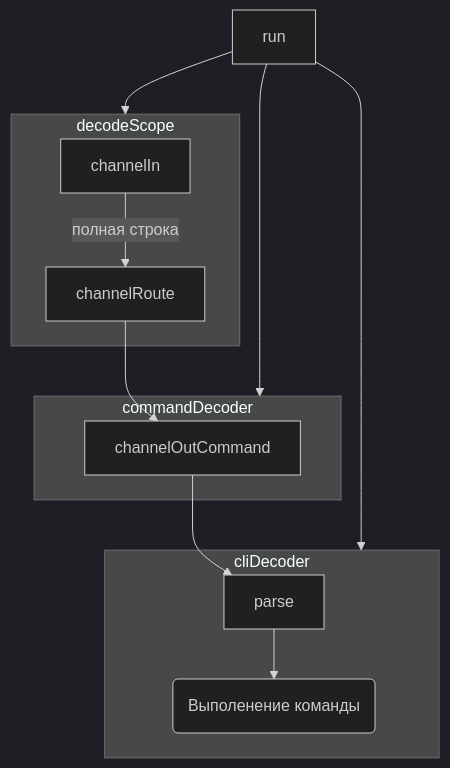
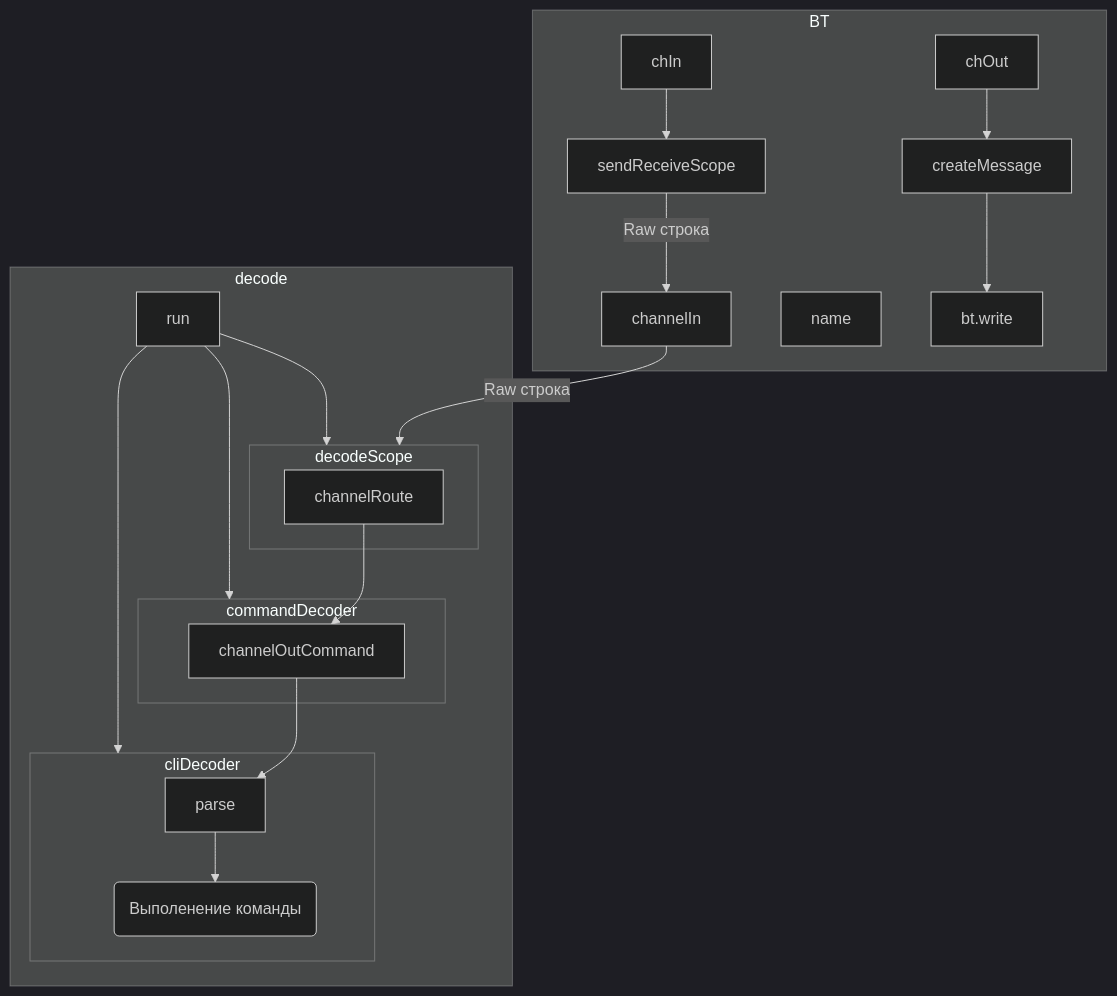
One commit to Sacamoto84/Android_StepMotor changed the diagram in app/src/main/java/com/example/stepmotor/bt/Readme.md. Above: the diagram before and after it, drawn with Mermaid (dark theme). The commit also changed 9 other files, not shown here.

````diff
--- a/app/src/main/java/com/example/stepmotor/bt/Readme.md
+++ b/app/src/main/java/com/example/stepmotor/bt/Readme.md
@@ -8,23 +8,39 @@
 ```mermaid
 flowchart TD
+
+subgraph BT
+        chIn --> sendReceiveScope -- Raw строка -->channelIn
+        name
+        chOut --> createMessage --> bt.write
+end
+
+
+subgraph decode
+
     run --> decodeScope
     run --> commandDecoder
     run --> cliDecoder
+    
+    decodeScope
+    commandDecoder
+    cliDecoder
+end
 
 
 subgraph decodeScope
-    channelIn -- полная строка --> channelRoute
+        channelIn -- Raw строка --> decodeScope
+        channelRoute
 end
 
 subgraph commandDecoder
     channelRoute --> channelOutCommand
 end
 
 subgraph cliDecoder
     channelOutCommand --> parse --> r("Выполенение команды")
 end
 
    
 
     
 ```
````
